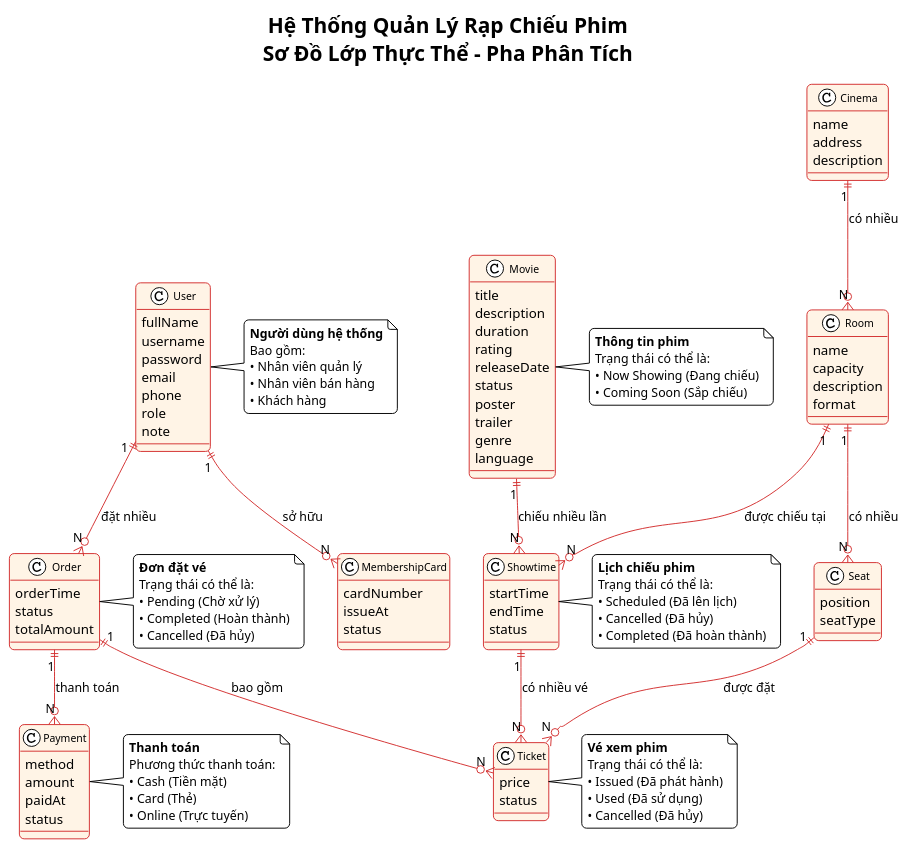
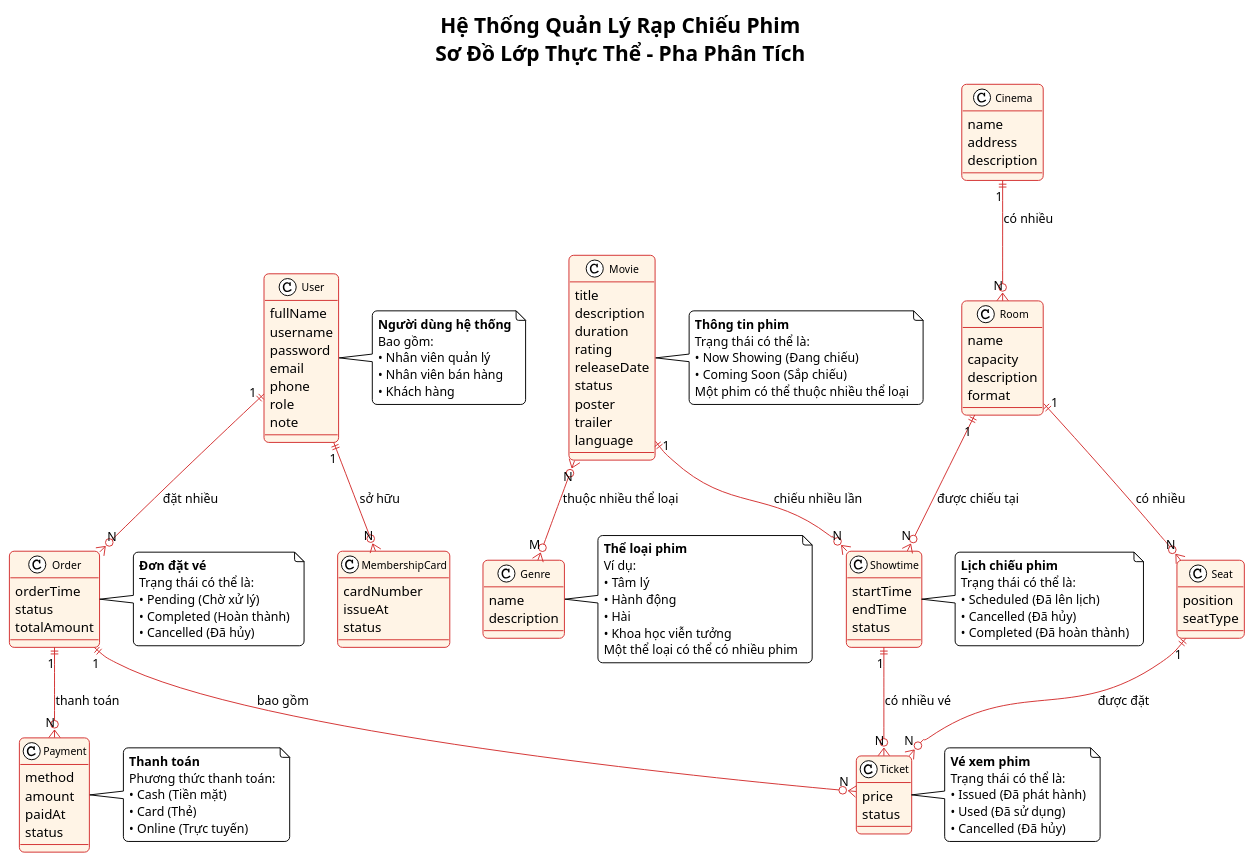
Before and after one commit to ProMeX04/Cinema: the diagram in report/entity-class-diagram.puml, drawn with PlantUML. The commit also changed 40 other files, not shown here.

```diff
--- a/report/entity-class-diagram.puml
+++ b/report/entity-class-diagram.puml
@@ -58,6 +58,14 @@
 }
 
 ' =====================================================
+' LỚP GENRE - Thể loại phim
+' =====================================================
+class Genre {
+    name
+    description
+}
+
+' =====================================================
 ' LỚP MOVIE - Thông tin phim
 ' =====================================================
 class Movie {
@@ -69,7 +77,6 @@
     status
     poster
     trailer
-    genre
     language
 }
 
@@ -134,6 +141,9 @@
 ' Room -> Showtime (1:N) - Một phòng có nhiều lịch chiếu
 Room "1" ||--o{ "N" Showtime : "được chiếu tại"
 
+' Movie <-> Genre (N:M) - Một phim có nhiều thể loại, một thể loại có nhiều phim
+Movie "N" }o--o{ "M" Genre : "thuộc nhiều thể loại"
+
 ' User -> Order (1:N) - Một người dùng có nhiều đơn hàng
 User "1" ||--o{ "N" Order : "đặt nhiều"
 
@@ -169,6 +179,17 @@
     Trạng thái có thể là:
     • Now Showing (Đang chiếu)
     • Coming Soon (Sắp chiếu)
+    Một phim có thể thuộc nhiều thể loại
+end note
+
+note right of Genre
+    <b>Thể loại phim</b>
+    Ví dụ:
+    • Tâm lý
+    • Hành động
+    • Hài
+    • Khoa học viễn tưởng
+    Một thể loại có thể có nhiều phim
 end note
 
 note right of Showtime
```
